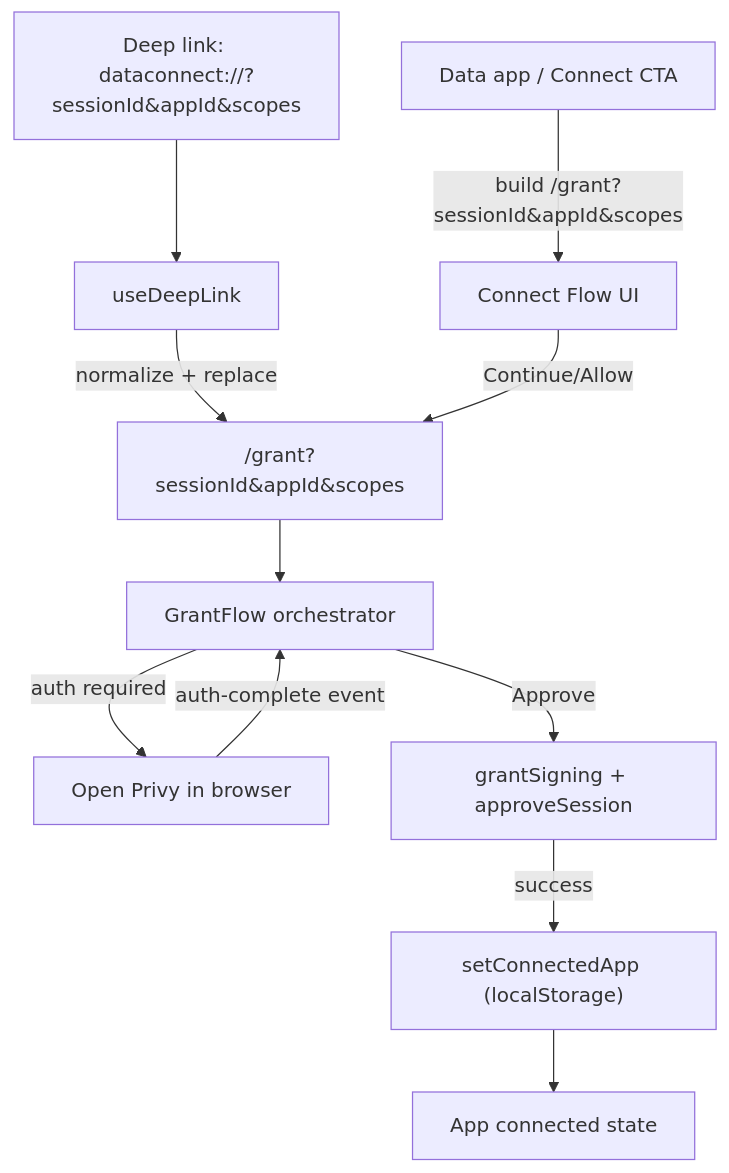
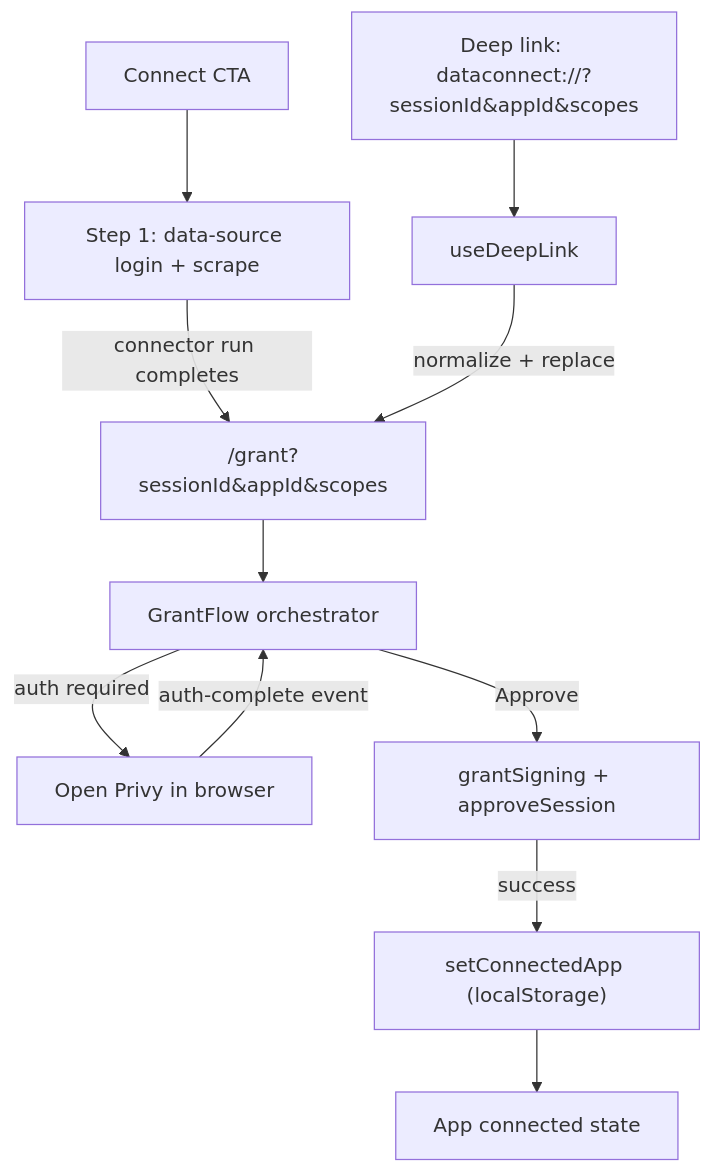
The diagram in docs/260203-grant-connect-flow.md (vana-com/data-connect), drawn with Mermaid before and after one commit. The commit also changed other lines of this file and 1 other file, not shown here.

Commit message:
docs: add step one to grant connect flow

````diff
--- a/docs/260203-grant-connect-flow.md
+++ b/docs/260203-grant-connect-flow.md
@@ -15,13 +15,13 @@
 ```mermaid
 flowchart TD
-  A["Data app / Connect CTA"] -->|build /grant?sessionId&appId&scopes| B[Connect Flow UI]
-  X[Deep link: dataconnect://?sessionId&appId&scopes] --> C[useDeepLink]
-  C -->|normalize + replace| D["/grant?sessionId&appId&scopes"]
-  B -->|Continue/Allow| D
-  D --> E[GrantFlow orchestrator]
+  A["Connect CTA"] --> B[Step 1: data-source login + scrape]
+  B -->|connector run completes| C["/grant?sessionId&appId&scopes"]
+  X[Deep link: dataconnect://?sessionId&appId&scopes] --> D[useDeepLink]
+  D -->|normalize + replace| C
+  C --> E[GrantFlow orchestrator]
   E -->|auth required| F[Open Privy in browser]
   F -->|auth-complete event| E
   E -->|Approve| G[grantSigning + approveSession]
   G -->|success| H["setConnectedApp (localStorage)"]
   H --> I[App connected state]
 ```
````
